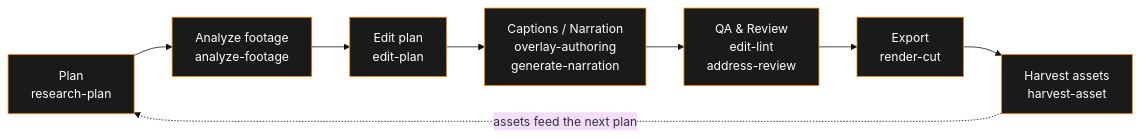
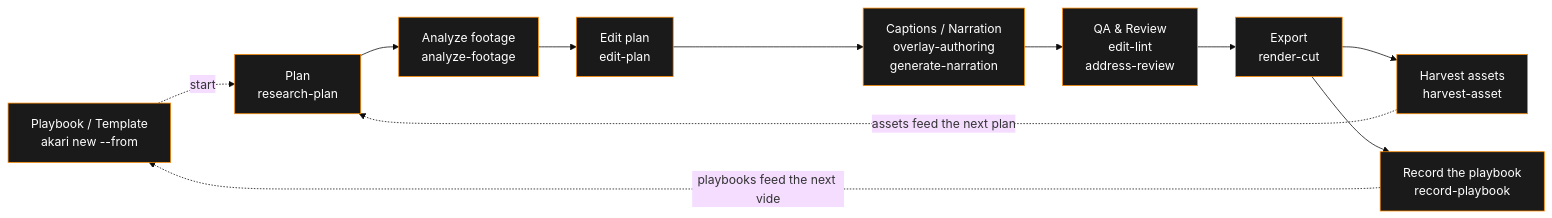
One commit to AkariLabs/akari-video changed the diagram in README.md. Above: the diagram before and after it, drawn with Mermaid (base theme). The commit also changed other lines of this file and 63 other files, not shown here.

````diff
--- a/README.md
+++ b/README.md
@@ -66,12 +96,15 @@
 ```mermaid
 flowchart LR
+    P["Playbook / Template<br/>akari new --from"] -.start.-> A
     A["Plan<br/>research-plan"] --> B["Analyze footage<br/>analyze-footage"]
     B --> C["Edit plan<br/>edit-plan"]
     C --> D["Captions / Narration<br/>overlay-authoring<br/>generate-narration"]
     D --> E["QA & Review<br/>edit-lint<br/>address-review"]
     E --> F["Export<br/>render-cut"]
     F --> G["Harvest assets<br/>harvest-asset"]
+    F --> H["Record the playbook<br/>record-playbook"]
     G -.assets feed the next plan.-> A
+    H -.playbooks feed the next video.-> P
     classDef stage fill:#1a1a1a,stroke:#ff8a00,color:#ffffff
-    class A,B,C,D,E,F,G stage
+    class A,B,C,D,E,F,G,H,P stage
 ```
````
